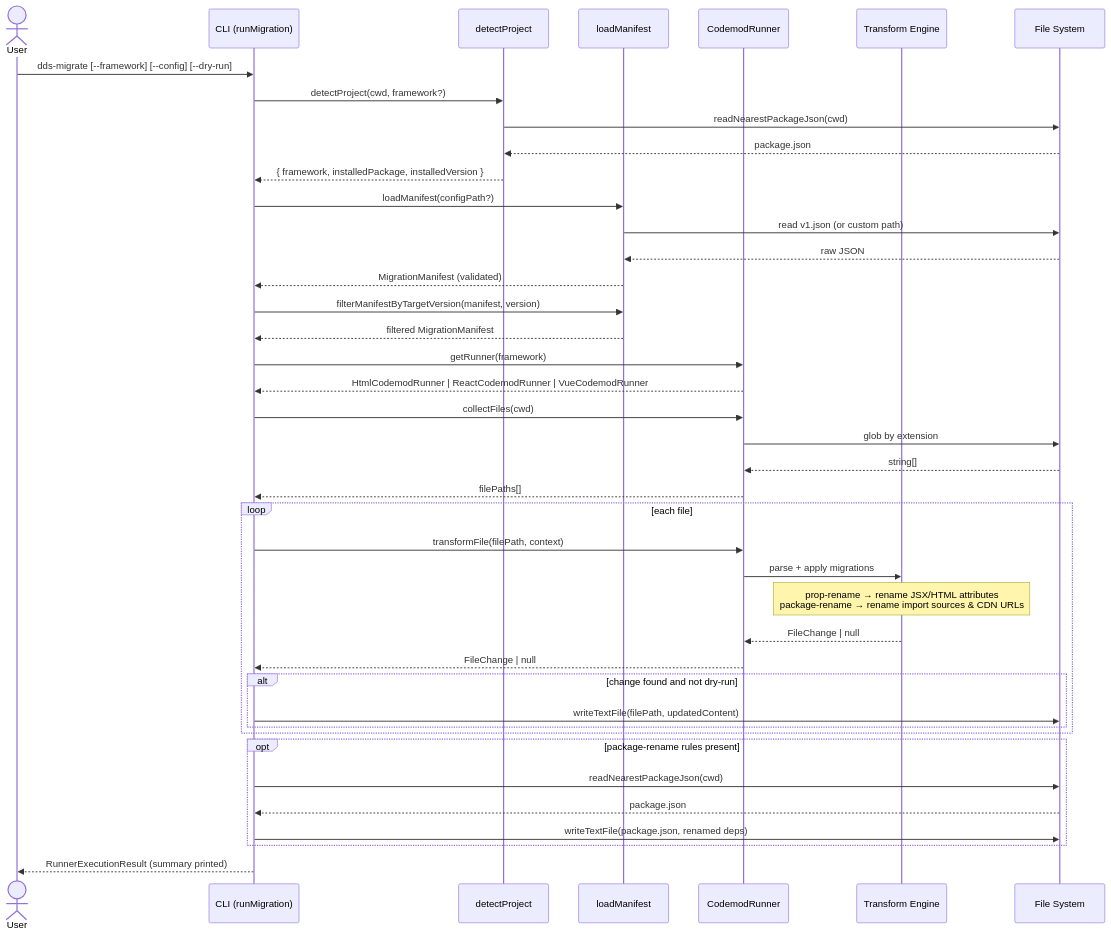
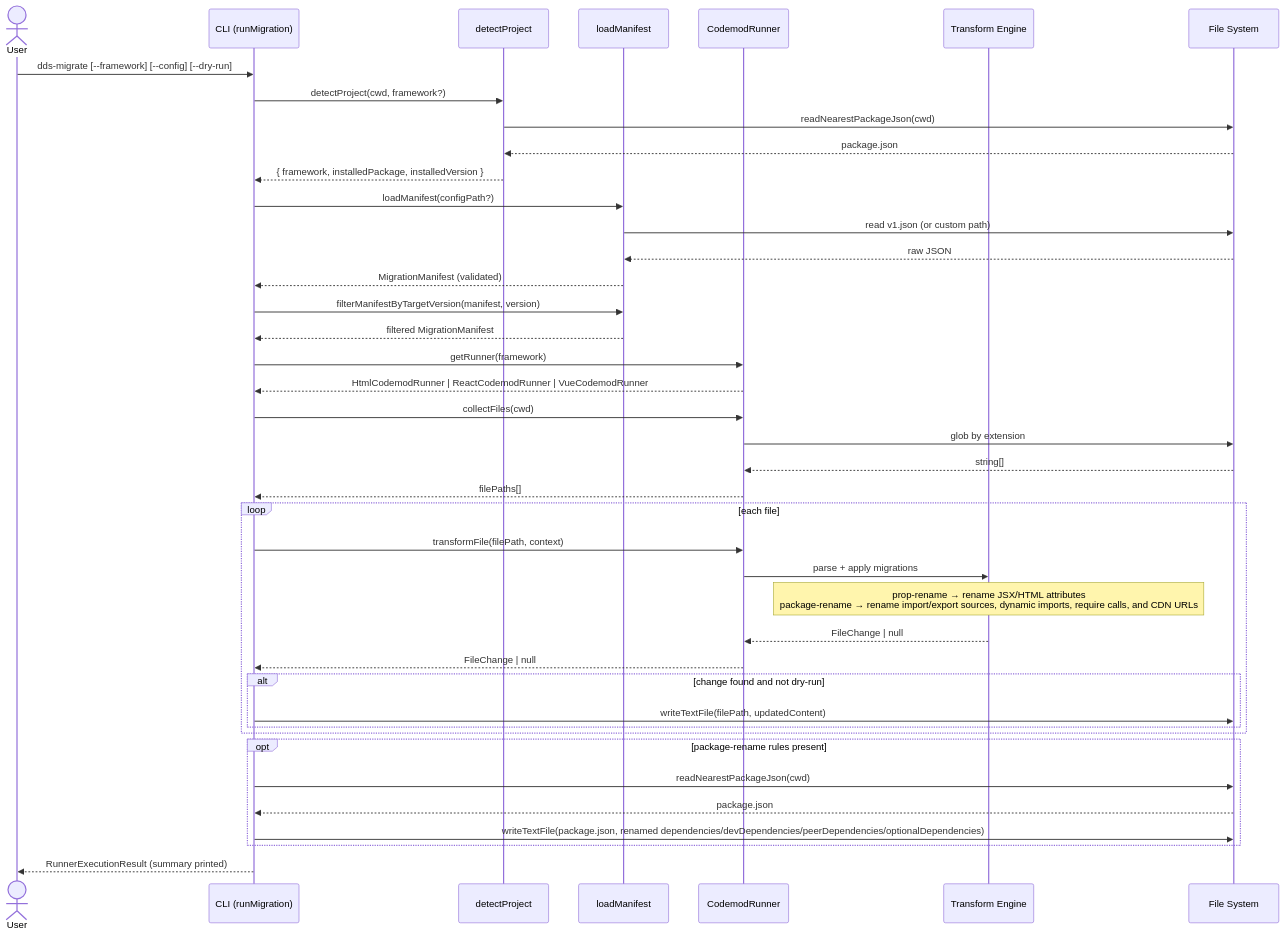
Before and after one commit to Infineon/infineon-design-system-stencil: the second of 2 diagrams in packages/migrations/DOCS.md, drawn with Mermaid. The commit also changed 8 other files, not shown here.

Commit message:
feat: enhance package rename functionality to include optionalDependencies and improve documentation

````diff
--- a/packages/migrations/DOCS.md
+++ b/packages/migrations/DOCS.md
@@ -44,53 +44,53 @@
 ```mermaid
 sequenceDiagram
   actor User
   participant CLI as CLI (runMigration)
   participant Project as detectProject
   participant Manifest as loadManifest
   participant Runner as CodemodRunner
   participant Engine as Transform Engine
   participant FS as File System
 
   User->>CLI: dds-migrate [--framework] [--config] [--dry-run]
 
   CLI->>Project: detectProject(cwd, framework?)
   Project->>FS: readNearestPackageJson(cwd)
   FS-->>Project: package.json
   Project-->>CLI: { framework, installedPackage, installedVersion }
 
   CLI->>Manifest: loadManifest(configPath?)
   Manifest->>FS: read v1.json (or custom path)
   FS-->>Manifest: raw JSON
   Manifest-->>CLI: MigrationManifest (validated)
 
   CLI->>Manifest: filterManifestByTargetVersion(manifest, version)
   Manifest-->>CLI: filtered MigrationManifest
 
   CLI->>Runner: getRunner(framework)
   Runner-->>CLI: HtmlCodemodRunner | ReactCodemodRunner | VueCodemodRunner
 
   CLI->>Runner: collectFiles(cwd)
   Runner->>FS: glob by extension
   FS-->>Runner: string[]
   Runner-->>CLI: filePaths[]
 
   loop each file
     CLI->>Runner: transformFile(filePath, context)
     Runner->>Engine: parse + apply migrations
-    Note over Engine: prop-rename → rename JSX/HTML attributes<br/>package-rename → rename import sources & CDN URLs
+    Note over Engine: prop-rename → rename JSX/HTML attributes<br/>package-rename → rename import/export sources, dynamic imports, require calls, and CDN URLs
     Engine-->>Runner: FileChange | null
     Runner-->>CLI: FileChange | null
 
     alt change found and not dry-run
       CLI->>FS: writeTextFile(filePath, updatedContent)
     end
   end
 
   opt package-rename rules present
     CLI->>FS: readNearestPackageJson(cwd)
     FS-->>CLI: package.json
-    CLI->>FS: writeTextFile(package.json, renamed deps)
+    CLI->>FS: writeTextFile(package.json, renamed dependencies/devDependencies/peerDependencies/optionalDependencies)
   end
 
   CLI-->>User: RunnerExecutionResult (summary printed)
 ```
````
